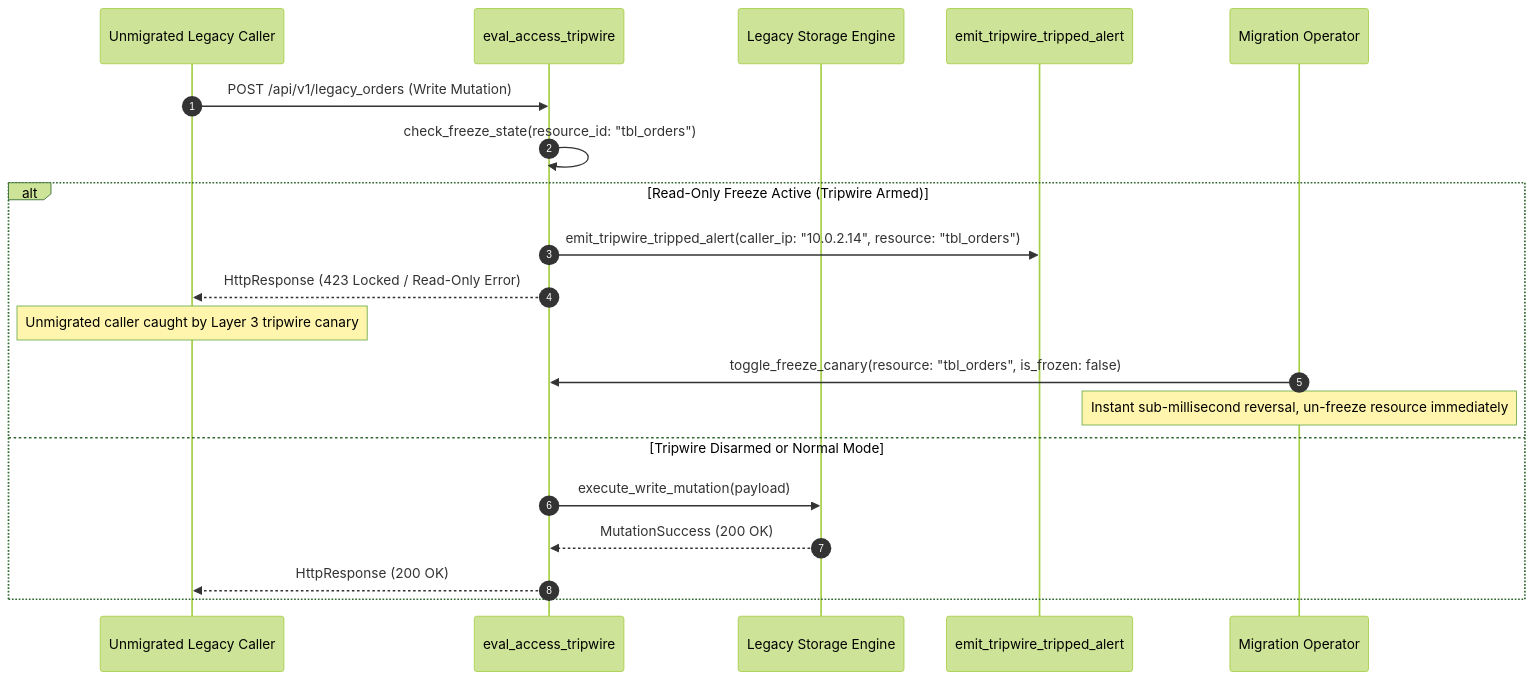
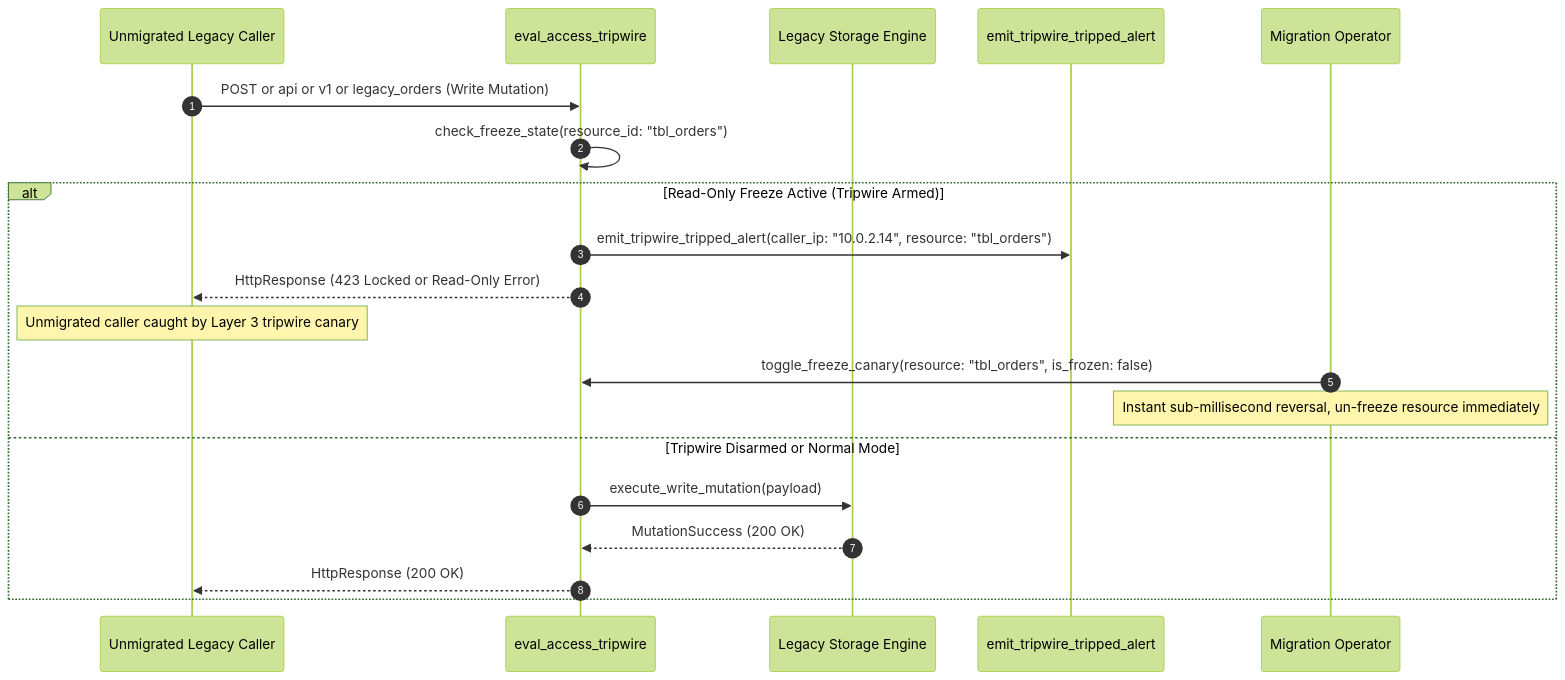
Before and after one commit to Chief-Strategist-J/llm-observability-platform: the second of 2 diagrams in notebooks/runbooks/refs/05-dependency-discovery-and-log-mining/access-tripwire-freeze-canary.md, drawn with Mermaid (forest theme). The commit also changed 35 other files, not shown here.

Commit message:
fix(docs): resolve sequence diagram message label syntax errors across runbook suite

````diff
--- a/notebooks/runbooks/refs/05-dependency-discovery-and-log-mining/access-tripwire-freeze-canary.md
+++ b/notebooks/runbooks/refs/05-dependency-discovery-and-log-mining/access-tripwire-freeze-canary.md
@@ -59,26 +59,26 @@
 ```mermaid
 sequenceDiagram
     autonumber
     participant Caller as Unmigrated Legacy Caller
     participant Tripwire as eval_access_tripwire
     participant Storage as Legacy Storage Engine
     participant Alert as emit_tripwire_tripped_alert
     participant Admin as Migration Operator
 
-    Caller->>Tripwire: POST /api/v1/legacy_orders (Write Mutation)
+    Caller->>Tripwire: POST or api or v1 or legacy_orders (Write Mutation)
     
     Tripwire->>Tripwire: check_freeze_state(resource_id: "tbl_orders")
     
     alt Read-Only Freeze Active (Tripwire Armed)
         Tripwire->>Alert: emit_tripwire_tripped_alert(caller_ip: "10.0.2.14", resource: "tbl_orders")
-        Tripwire-->>Caller: HttpResponse (423 Locked / Read-Only Error)
+        Tripwire-->>Caller: HttpResponse (423 Locked or Read-Only Error)
         Note over Caller: Unmigrated caller caught by Layer 3 tripwire canary
 
         Admin->>Tripwire: toggle_freeze_canary(resource: "tbl_orders", is_frozen: false)
         Note over Admin: Instant sub-millisecond reversal, un-freeze resource immediately
     else Tripwire Disarmed or Normal Mode
         Tripwire->>Storage: execute_write_mutation(payload)
         Storage-->>Tripwire: MutationSuccess (200 OK)
         Tripwire-->>Caller: HttpResponse (200 OK)
     end
 ```
````
